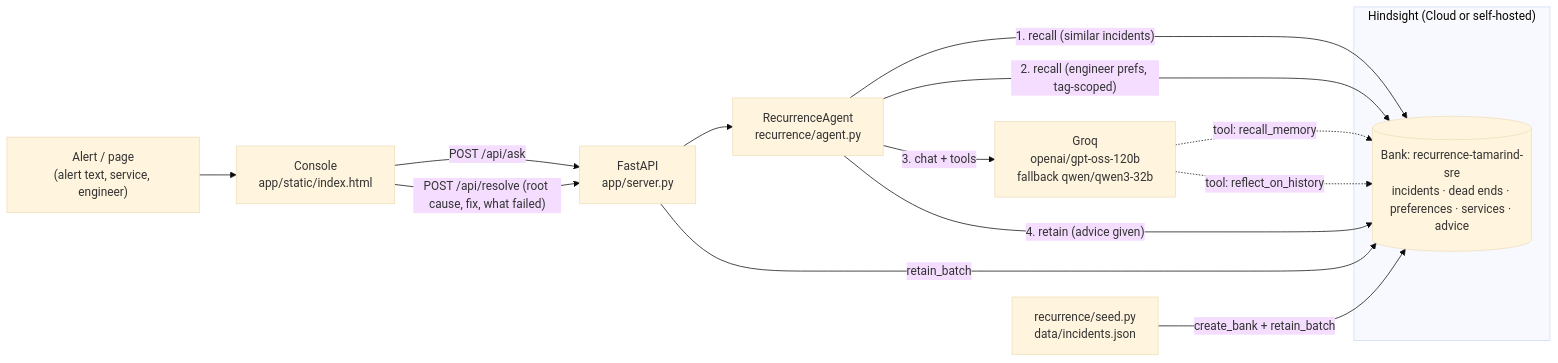
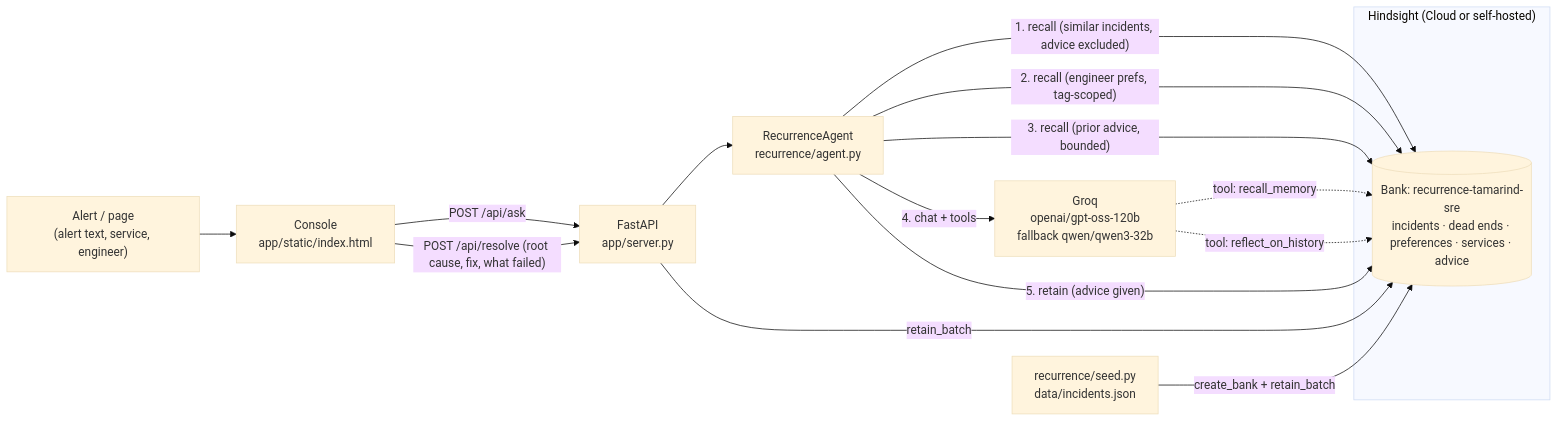
One commit to francisreubenr-rvu/recurrence changed the diagram in README.md. Above: the diagram before and after it, drawn with Mermaid (base theme). The commit also changed other lines of this file and 9 other files, not shown here.

````diff
--- a/README.md
+++ b/README.md
@@ -107,20 +121,21 @@
 ```mermaid
 flowchart LR
     Pager["Alert / page<br/>(alert text, service, engineer)"] --> UI["Console<br/>app/static/index.html"]
     UI -->|POST /api/ask| API["FastAPI<br/>app/server.py"]
     API --> Agent["RecurrenceAgent<br/>recurrence/agent.py"]
 
     subgraph Memory["Hindsight (Cloud or self-hosted)"]
         Bank[("Bank: recurrence-tamarind-sre<br/>incidents · dead ends · preferences · services · advice")]
     end
 
-    Agent -->|"1. recall (similar incidents)"| Bank
+    Agent -->|"1. recall (similar incidents, advice excluded)"| Bank
     Agent -->|"2. recall (engineer prefs, tag-scoped)"| Bank
-    Agent -->|"3. chat + tools"| Groq["Groq<br/>openai/gpt-oss-120b<br/>fallback qwen/qwen3-32b"]
+    Agent -->|"3. recall (prior advice, bounded)"| Bank
+    Agent -->|"4. chat + tools"| Groq["Groq<br/>openai/gpt-oss-120b<br/>fallback qwen/qwen3-32b"]
     Groq -.->|"tool: recall_memory"| Bank
     Groq -.->|"tool: reflect_on_history"| Bank
-    Agent -->|"4. retain (advice given)"| Bank
+    Agent -->|"5. retain (advice given)"| Bank
     UI -->|"POST /api/resolve (root cause, fix, what failed)"| API
     API -->|retain_batch| Bank
     Seed["recurrence/seed.py<br/>data/incidents.json"] -->|create_bank + retain_batch| Bank
 ```
````
